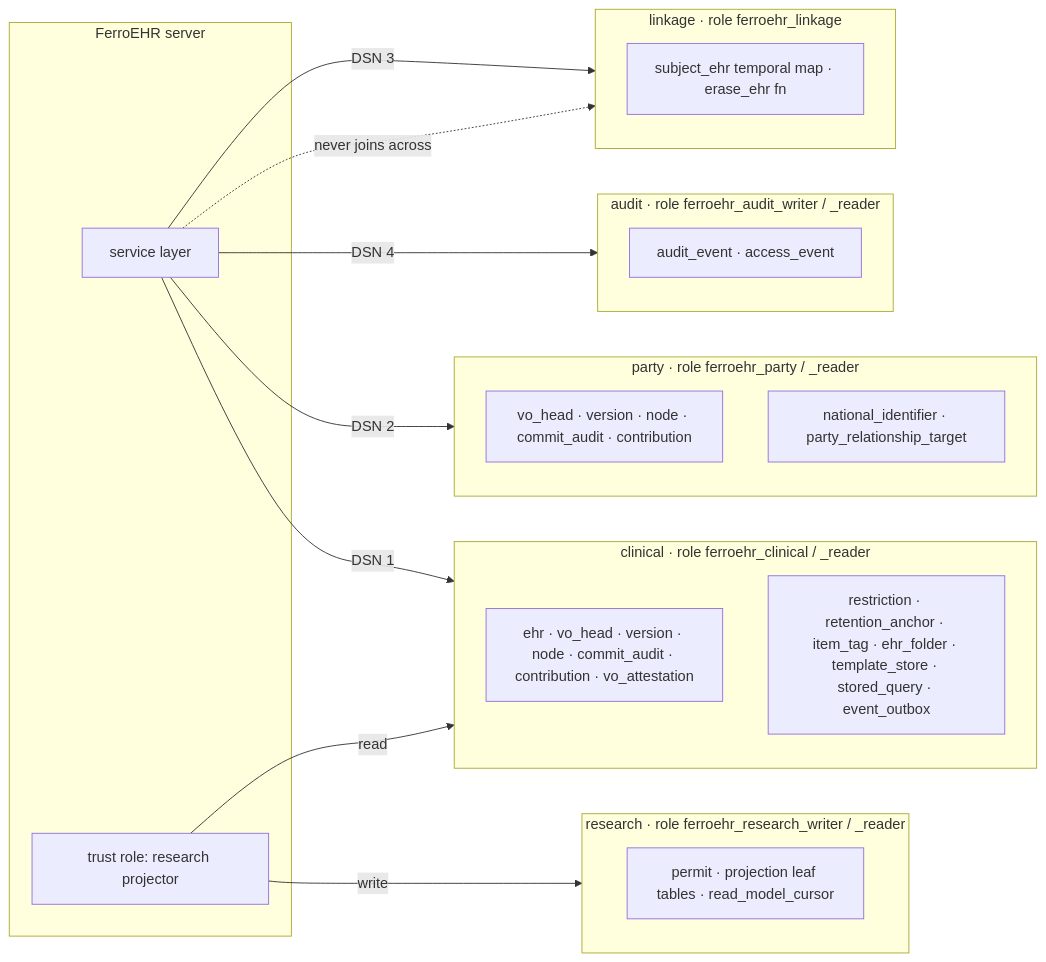
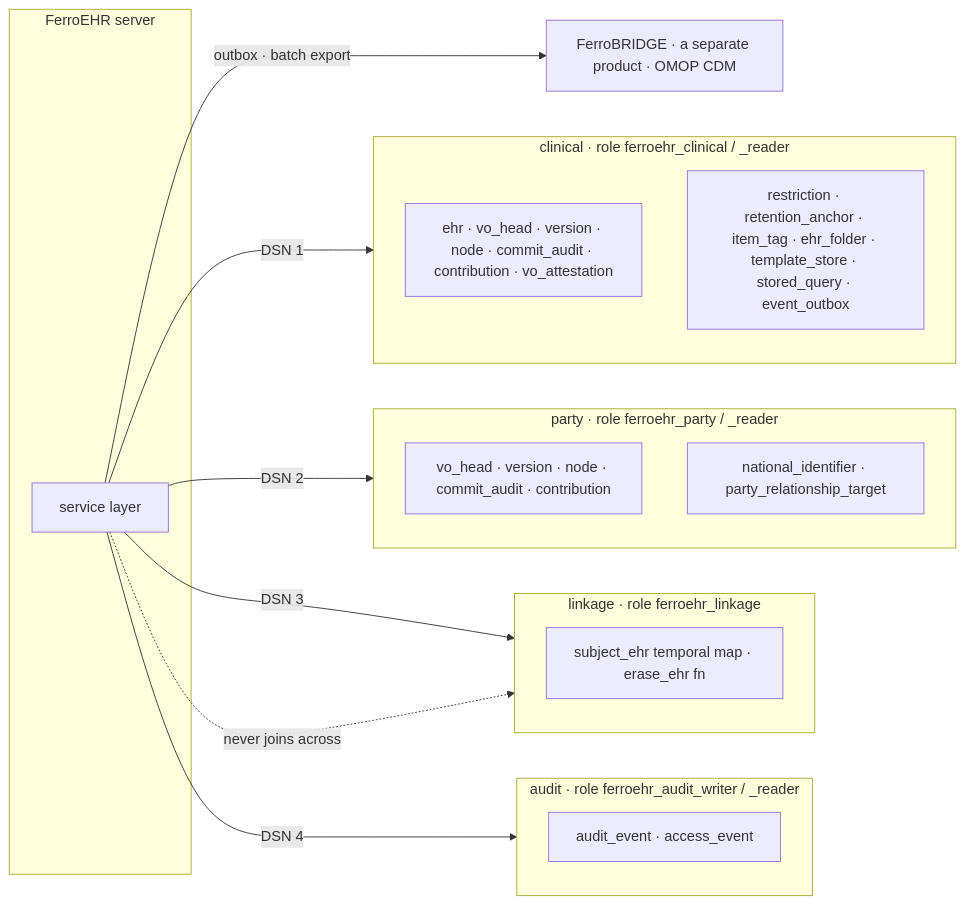
One commit to rubentalstra/FerroEHR changed the first of 5 diagrams in docs/plans/storage-redesign.md. Above: the diagram before and after it, drawn with Mermaid. The commit also changed other lines of this file and 2 other files, not shown here.

First line of the commit message:
docs(plans): the storage rewrite follows the FerroHEALTH drawing: a single-tenant instance, secondary use through FerroBRIDGE over AQL

````diff
--- a/docs/plans/storage-redesign.md
+++ b/docs/plans/storage-redesign.md
@@ -170,31 +170,27 @@
 ```mermaid
 flowchart LR
   subgraph app[FerroEHR server]
     svc[service layer]
-    trust[trust role: research projector]
   end
   subgraph clinical[clinical  ·  role ferroehr_clinical / _reader]
     C1[ehr · vo_head · version · node · commit_audit · contribution · vo_attestation]
     C2[restriction · retention_anchor · item_tag · ehr_folder · template_store · stored_query · event_outbox]
   end
   subgraph party[party  ·  role ferroehr_party / _reader]
     P1[vo_head · version · node · commit_audit · contribution]
     P2[national_identifier · party_relationship_target]
   end
   subgraph linkage[linkage  ·  role ferroehr_linkage]
     L1[subject_ehr temporal map · erase_ehr fn]
   end
   subgraph audit[audit  ·  role ferroehr_audit_writer / _reader]
     A1[audit_event · access_event]
   end
-  subgraph research[research  ·  role ferroehr_research_writer / _reader]
-    R1[permit · projection leaf tables · read_model_cursor]
-  end
+  bridge[FerroBRIDGE · a separate product · OMOP CDM]
   svc -- DSN 1 --> clinical
   svc -- DSN 2 --> party
   svc -- DSN 3 --> linkage
   svc -- DSN 4 --> audit
-  trust -- read --> clinical
-  trust -- write --> research
+  svc -- outbox · batch export --> bridge
   svc -. never joins across .-> linkage
 ```
````
